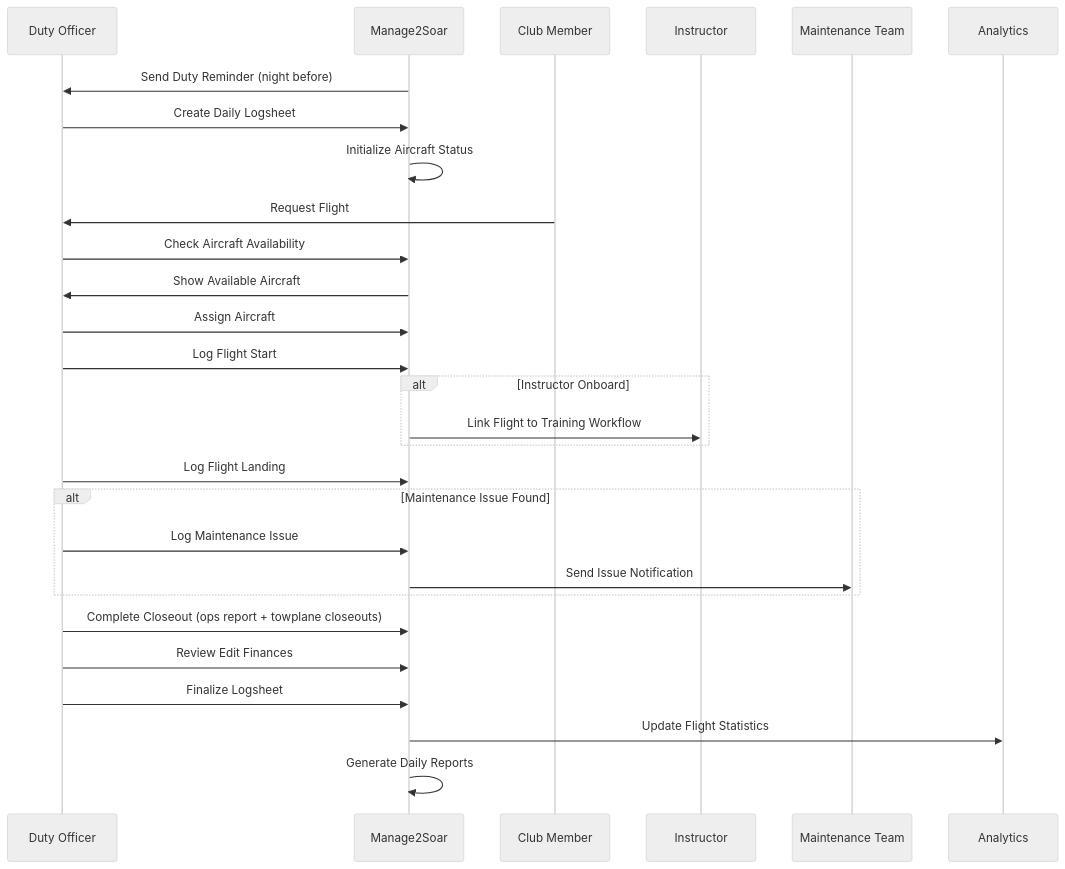
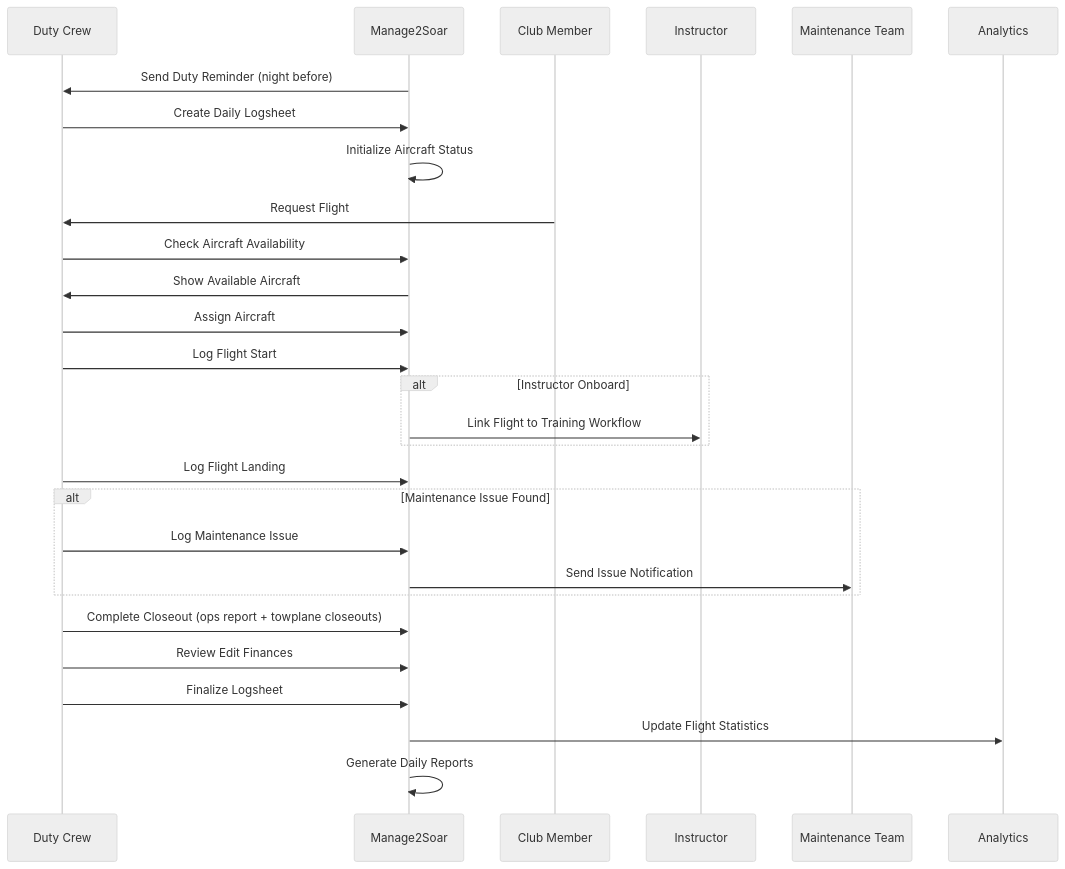
One commit to pietbarber/Manage2Soar changed the second of 12 diagrams in docs/workflows/04-logsheet-workflow.md. Above: the diagram before and after it, drawn with Mermaid (neutral theme). The commit also changed 1 other file, not shown here.

Commit message:
docs: address latest PR #816 Copilot comments

````diff
--- a/docs/workflows/04-logsheet-workflow.md
+++ b/docs/workflows/04-logsheet-workflow.md
@@ -64,36 +64,36 @@
 ```mermaid
 sequenceDiagram
-    participant DO as Duty Officer  
+    participant DO as Duty Crew
     participant System as Manage2Soar
     participant Member as Club Member
     participant Instructor as Instructor
     participant Maintenance as Maintenance Team
     participant Analytics as Analytics
 
     System->>DO: Send Duty Reminder (night before)
     DO->>System: Create Daily Logsheet
     System->>System: Initialize Aircraft Status
 
     Member->>DO: Request Flight
     DO->>System: Check Aircraft Availability
     System->>DO: Show Available Aircraft
     DO->>System: Assign Aircraft
     DO->>System: Log Flight Start
 
     alt Instructor Onboard
         System->>Instructor: Link Flight to Training Workflow
     end
 
     DO->>System: Log Flight Landing
 
     alt Maintenance Issue Found
         DO->>System: Log Maintenance Issue
         System->>Maintenance: Send Issue Notification
     end
 
     DO->>System: Complete Closeout (ops report + towplane closeouts)
     DO->>System: Review Edit Finances
     DO->>System: Finalize Logsheet
     System->>Analytics: Update Flight Statistics
     System->>System: Generate Daily Reports
 ```
````
